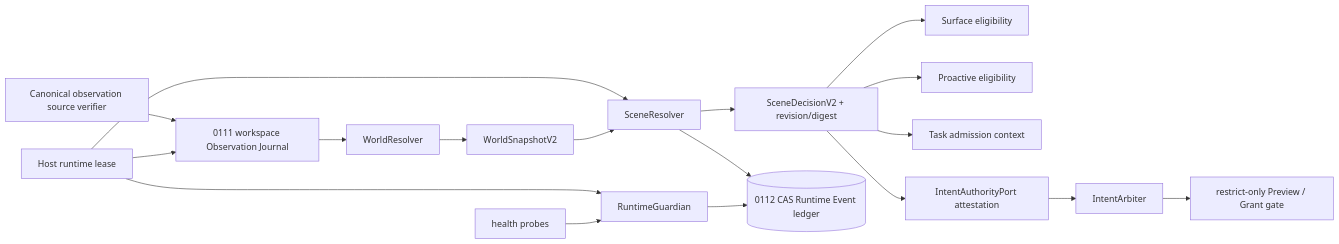
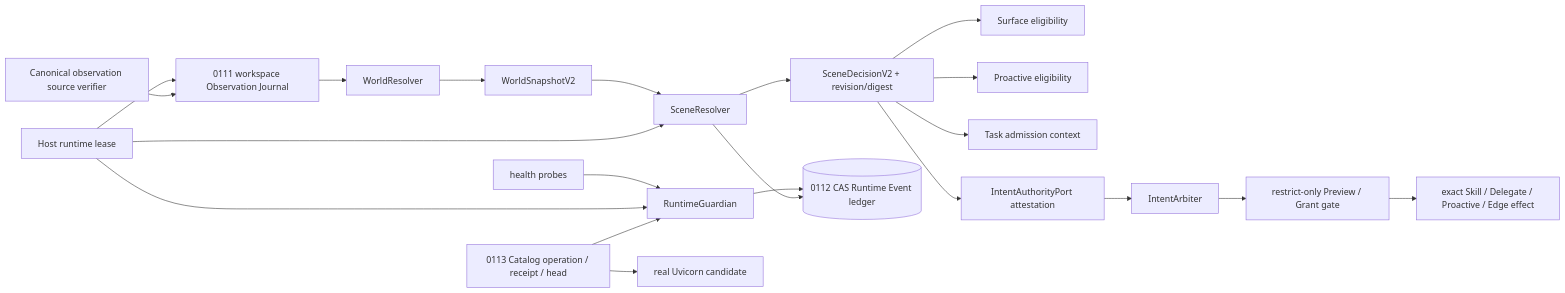
Before and after one commit to SakuraYoruno/Natsume_Ai: the sixth of 6 diagrams in docs/50_project/arch/DATA_FLOW_ARCHITECTURE.md, drawn with Mermaid. The commit also changed other lines of this file and 148 other files, not shown here.

````diff
--- a/docs/50_project/arch/DATA_FLOW_ARCHITECTURE.md
+++ b/docs/50_project/arch/DATA_FLOW_ARCHITECTURE.md
@@ -745,20 +751,23 @@
 ```mermaid
 flowchart LR
     Obs[0111 workspace Observation Journal] --> World[WorldResolver]
     World --> Snapshot[WorldSnapshotV2]
     Snapshot --> Scene[SceneResolver]
     Scene --> Decision[SceneDecisionV2 + revision/digest]
     Decision --> Surface[Surface eligibility]
     Decision --> Proactive[Proactive eligibility]
     Decision --> Task[Task admission context]
     Decision --> Authority[IntentAuthorityPort attestation]
     Authority --> Intent[IntentArbiter]
     Intent --> Preview[restrict-only Preview / Grant gate]
+    Preview --> Terminal[exact Skill / Delegate / Proactive / Edge effect]
     Health[health probes] --> Guardian[RuntimeGuardian]
     Lease[Host runtime lease] --> Guardian
     Lease --> Obs
     Lease --> Scene
     Source[Canonical observation source verifier] --> Obs
     Guardian --> Events[(0112 CAS Runtime Event ledger)]
     Scene --> Events
+    Catalog[0113 Catalog operation / receipt / head] --> Guardian
+    Catalog --> HostStart[real Uvicorn candidate]
 ```
````
